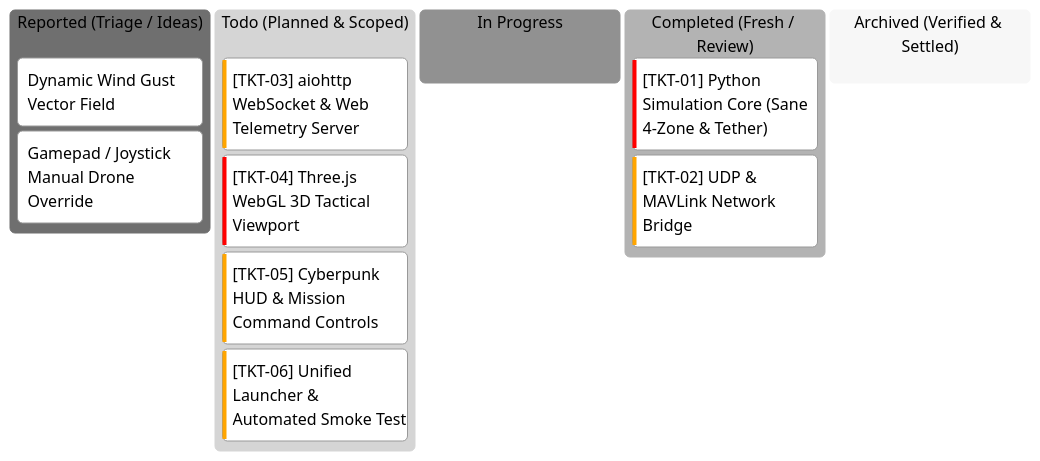
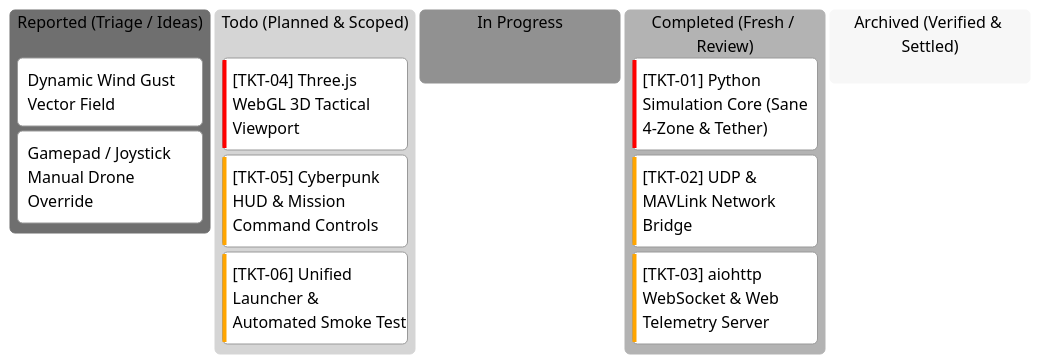
Before and after one commit to AlitheiaDeus/SwarmTech_v3-Uprising: the diagram in kanban.md, drawn with Mermaid (neutral theme). The commit also changed other lines of this file and 2 other files, not shown here.

Commit message:
feat(server): implement aiohttp web server and 60 FPS WebSocket streaming [TKT-03]

````diff
--- a/kanban.md
+++ b/kanban.md
@@ -7,16 +7,16 @@
 ```mermaid
 kanban
   reported["Reported (Triage / Ideas)"]
     idea1["Dynamic Wind Gust Vector Field"]
     idea2["Gamepad / Joystick Manual Drone Override"]
   todo["Todo (Planned & Scoped)"]
-    tkt3["[TKT-03] aiohttp WebSocket & Web Telemetry Server"]@{ priority: 'High' }
     tkt4["[TKT-04] Three.js WebGL 3D Tactical Viewport"]@{ priority: 'Very High' }
     tkt5["[TKT-05] Cyberpunk HUD & Mission Command Controls"]@{ priority: 'High' }
     tkt6["[TKT-06] Unified Launcher & Automated Smoke Test"]@{ priority: 'High' }
   in_progress["In Progress"]
   completed["Completed (Fresh / Review)"]
     tkt1["[TKT-01] Python Simulation Core (Sane 4-Zone & Tether)"]@{ priority: 'Very High' }
     tkt2["[TKT-02] UDP & MAVLink Network Bridge"]@{ priority: 'High' }
+    tkt3["[TKT-03] aiohttp WebSocket & Web Telemetry Server"]@{ priority: 'High' }
   archived["Archived (Verified & Settled)"]
 ```
````
